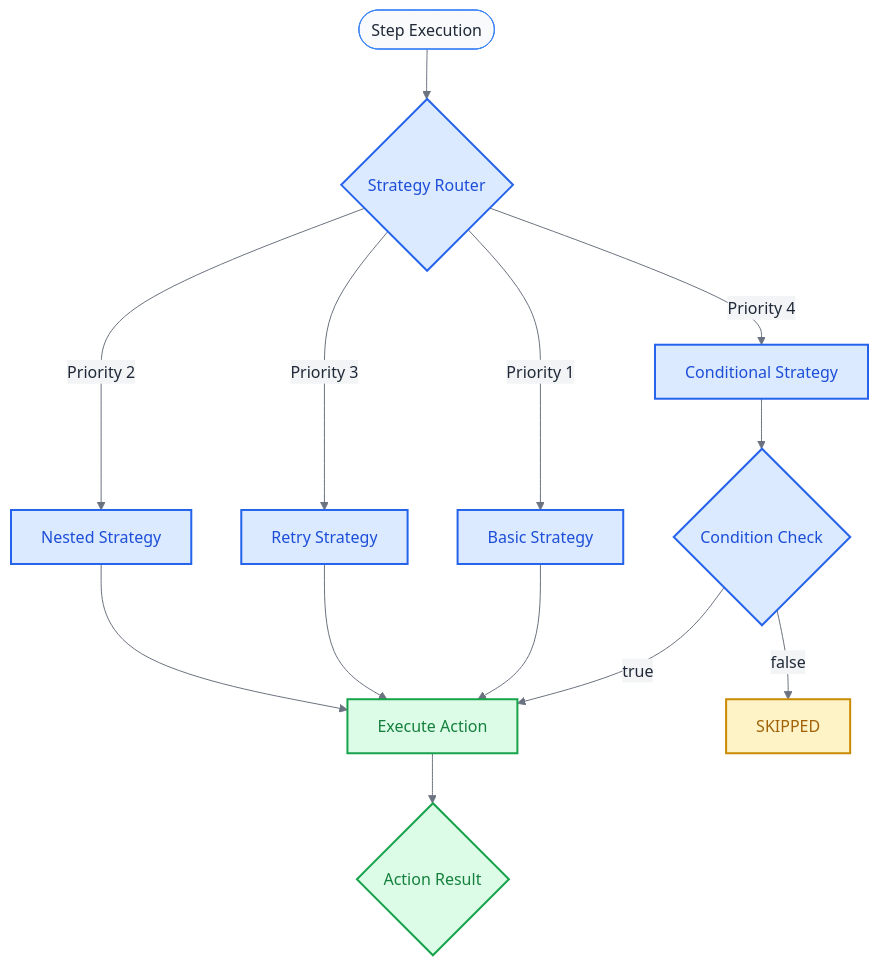
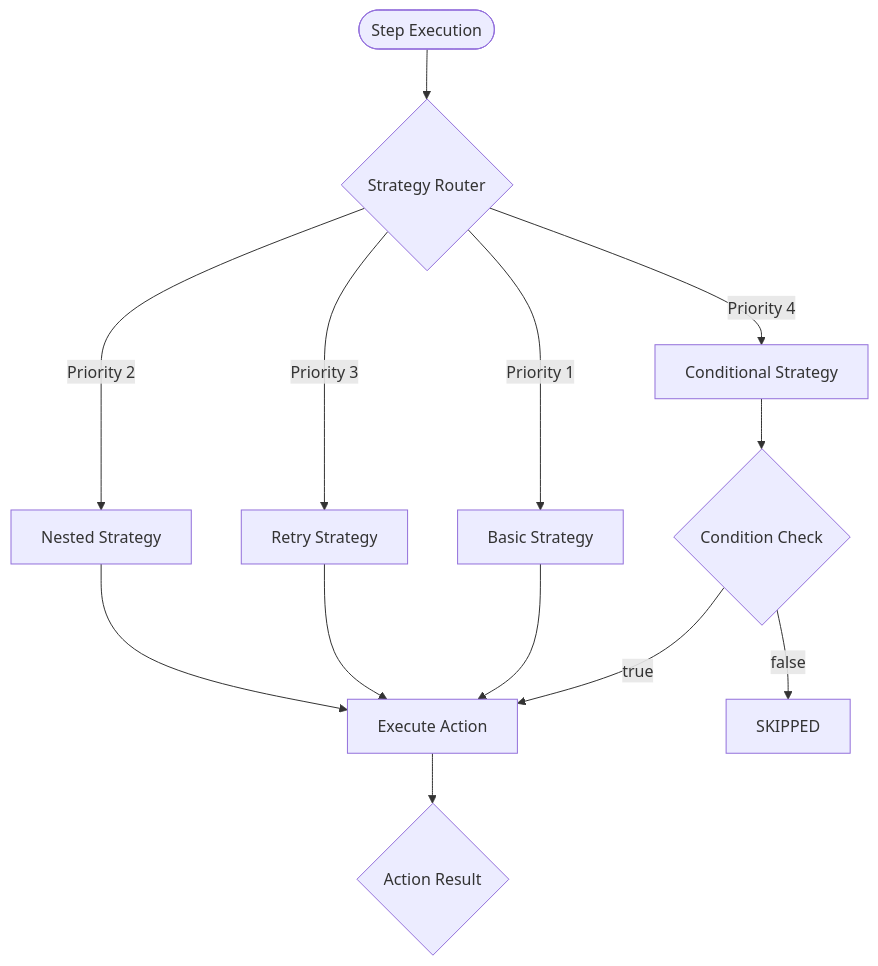
One commit to JianLoong/robogo changed the first of 3 diagrams in docs/error-failure-states-diagram.md. Above: the diagram before and after it, drawn with Mermaid. The commit also changed other lines of this file and 70 other files, not shown here.

````diff
--- a/docs/error-failure-states-diagram.md
+++ b/docs/error-failure-states-diagram.md
@@ -7,42 +7,21 @@
 ```mermaid
-%%{init: {
-  'theme': 'base',
-  'themeVariables': {
-    'primaryColor': '#2563eb',
-    'primaryTextColor': '#1f2937',
-    'primaryBorderColor': '#3b82f6',
-    'lineColor': '#6b7280',
-    'secondaryColor': '#f3f4f6',
-    'tertiaryColor': '#e5e7eb',
-    'background': '#ffffff',
-    'mainBkg': '#f9fafb',
-    'secondBkg': '#f3f4f6',
-    'tertiaryBkg': '#e5e7eb'
-  }
-}}%%
 flowchart TD
     Start([Step Execution]) --> Router{Strategy Router}
     
     Router --> |Priority 4| Conditional[Conditional Strategy]
     Router --> |Priority 3| Retry[Retry Strategy]  
     Router --> |Priority 2| Nested[Nested Strategy]
     Router --> |Priority 1| Basic[Basic Strategy]
     
     Conditional --> CondCheck{Condition Check}
     CondCheck --> |true| Execute[Execute Action]
     CondCheck --> |false| Skipped[SKIPPED]
     
     Basic --> Execute
     Retry --> Execute
     Nested --> Execute
     
     Execute --> Result{Action Result}
     
-    classDef successStyle fill:#dcfce7,stroke:#16a34a,stroke-width:2px,color:#15803d
-    classDef skipStyle fill:#fef3c7,stroke:#ca8a04,stroke-width:2px,color:#a16207
-    classDef processStyle fill:#dbeafe,stroke:#2563eb,stroke-width:2px,color:#1d4ed8
-    
-    class Execute,Result successStyle
-    class Skipped skipStyle
-    class Router,Conditional,Retry,Nested,Basic,CondCheck processStyle
+
 ```
````
